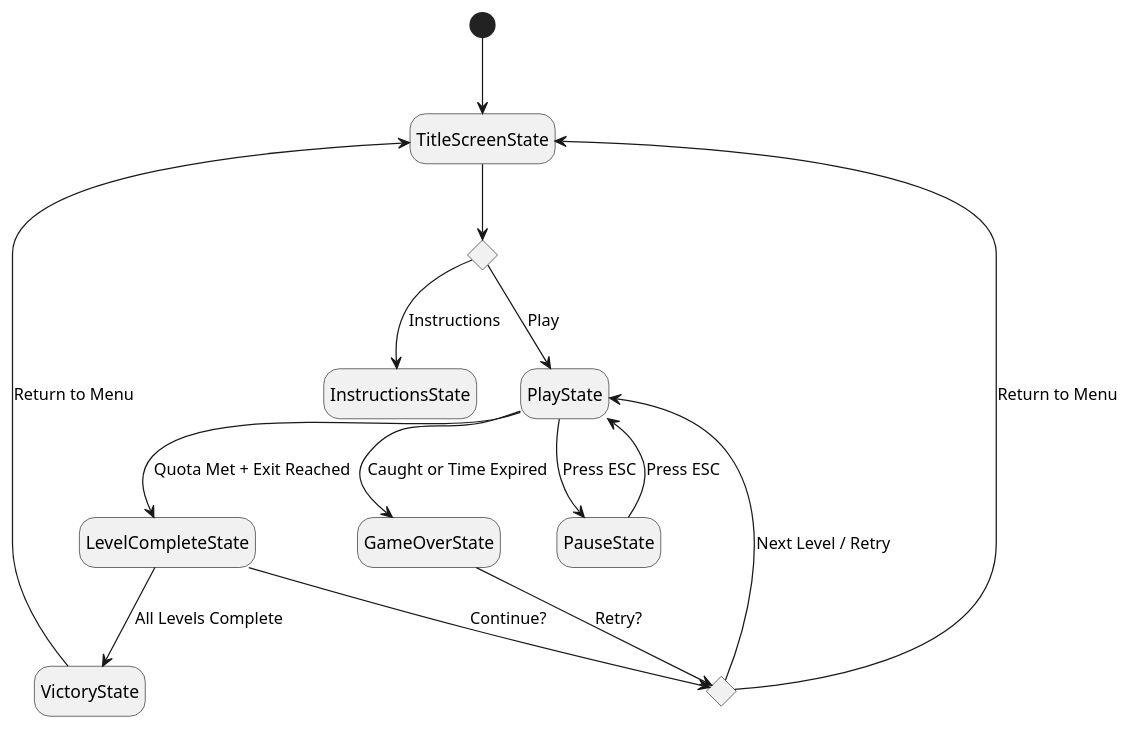
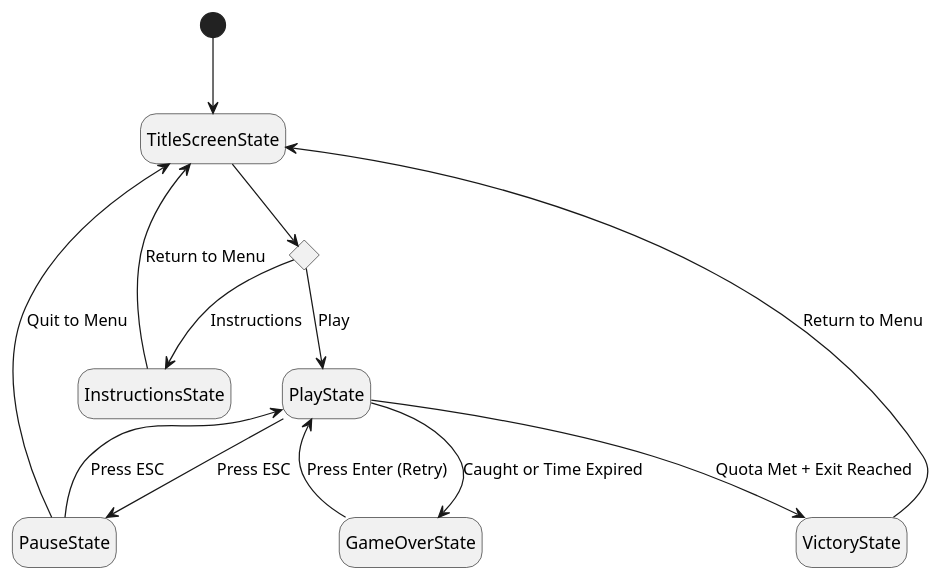
One commit to JAC-CS-Game-Programming-F25/project-alessandro changed the diagram in assets/images/StateDiagram.puml. Above: the diagram before and after it, drawn with PlantUML. The commit also changed 12 other files, not shown here.

```diff
--- a/assets/images/StateDiagram.puml
+++ b/assets/images/StateDiagram.puml
@@ -1,38 +1,33 @@
 @startuml StateDiagram
 
 hide empty description
 skinparam monochrome true
 
 state "TitleScreenState" as TSS
 state "InstructionsState" as IS
 state "PlayState" as PS
 state "PauseState" as PAS
-state "LevelCompleteState" as LCS
 state "VictoryState" as VS
 state "GameOverState" as GOS
 state Menu <<choice>>
-state PlayAgain <<choice>>
 
 [*] --> TSS
 
 TSS --> Menu
 Menu --> IS: Instructions
 Menu --> PS: Play
 
+IS --> TSS: Return to Menu
+
 PS --> PAS: Press ESC
 PAS --> PS: Press ESC
+PAS --> TSS: Quit to Menu
 
-PS --> LCS: Quota Met + Exit Reached
+PS --> VS: Quota Met + Exit Reached
 PS --> GOS: Caught or Time Expired
 
-LCS --> PlayAgain: Continue?
-GOS --> PlayAgain: Retry?
-
-PlayAgain --> TSS: Return to Menu
-PlayAgain --> PS: Next Level / Retry
-
-LCS --> VS: All Levels Complete
+GOS --> PS: Press Enter (Retry)
 
 VS --> TSS: Return to Menu
 
 @enduml
```
